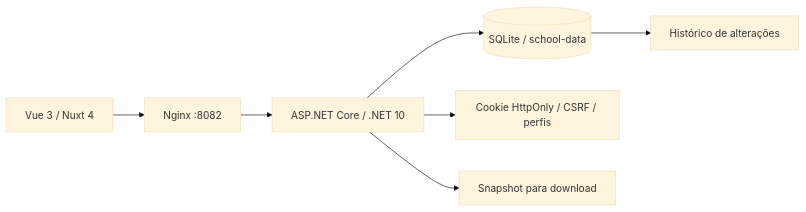
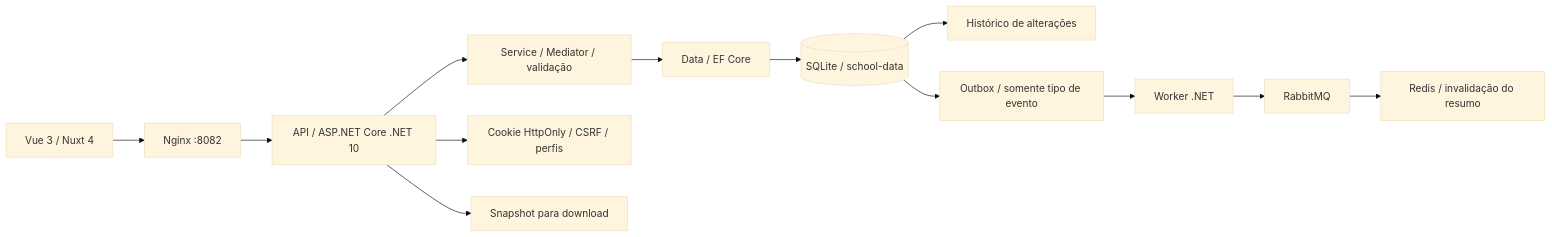
One commit to LucianoNeo/creche_cad_backend_csharp changed the diagram in docs/architecture.md. Above: the diagram before and after it, drawn with Mermaid (base theme). The commit also changed other lines of this file and 40 other files, not shown here.

Commit message:
refactor: add application layer and school event worker

````diff
--- a/docs/architecture.md
+++ b/docs/architecture.md
@@ -3,9 +3,15 @@
 ```mermaid
 flowchart LR
  Browser[Vue 3 / Nuxt 4] --> Nginx[Nginx :8082]
- Nginx --> API[ASP.NET Core / .NET 10]
- API --> DB[(SQLite / school-data)]
+ Nginx --> API[API / ASP.NET Core .NET 10]
+ API --> Service[Service / Mediator / validação]
+ Service --> Data[Data / EF Core]
+ Data --> DB[(SQLite / school-data)]
  API --> Access[Cookie HttpOnly / CSRF / perfis]
  DB --> Audit[Histórico de alterações]
+ DB --> Outbox[Outbox / somente tipo de evento]
+ Outbox --> Worker[Worker .NET]
+ Worker --> Rabbit[RabbitMQ]
+ Rabbit --> Cache[Redis / invalidação do resumo]
  API --> Backup[Snapshot para download]
 ```
````
